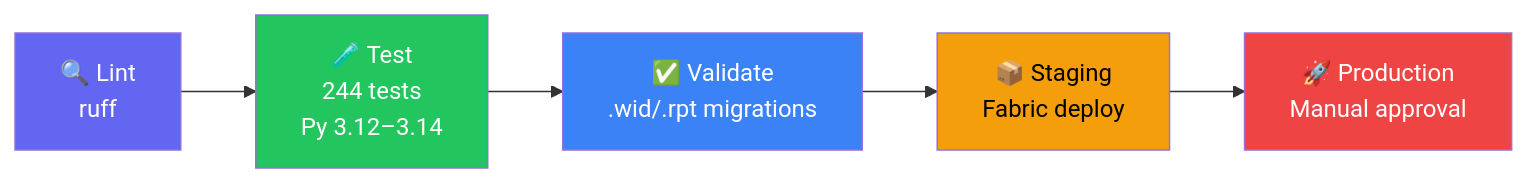
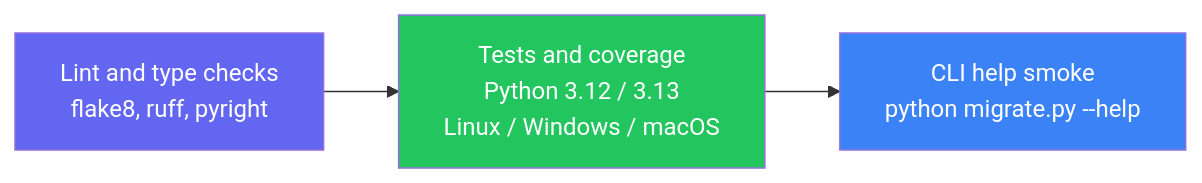
Before and after one commit to cyphou/BOToPowerBI: the fourth of 4 diagrams in README.md, drawn with Mermaid. The commit also changed other lines of this file and 64 other files, not shown here.

````diff
--- a/README.md
+++ b/README.md
@@ -592,13 +667,9 @@
 ```mermaid
 flowchart LR
-    L["🔍 Lint\nruff"] --> T["🧪 Test\n244 tests\nPy 3.12–3.14"]
-    T --> V["✅ Validate\n.wid/.rpt migrations"]
-    V --> S["📦 Staging\nFabric deploy"]
-    S --> P["🚀 Production\nManual approval"]
+    L["Lint and type checks\nflake8, ruff, pyright"] --> T["Tests and coverage\nPython 3.12 / 3.13\nLinux / Windows / macOS"]
+    T --> V["CLI help smoke\npython migrate.py --help"]
 
     style L fill:#6366f1,color:#fff
     style T fill:#22c55e,color:#fff
     style V fill:#3b82f6,color:#fff
-    style S fill:#f59e0b,color:#000
-    style P fill:#ef4444,color:#fff
 ```
````
